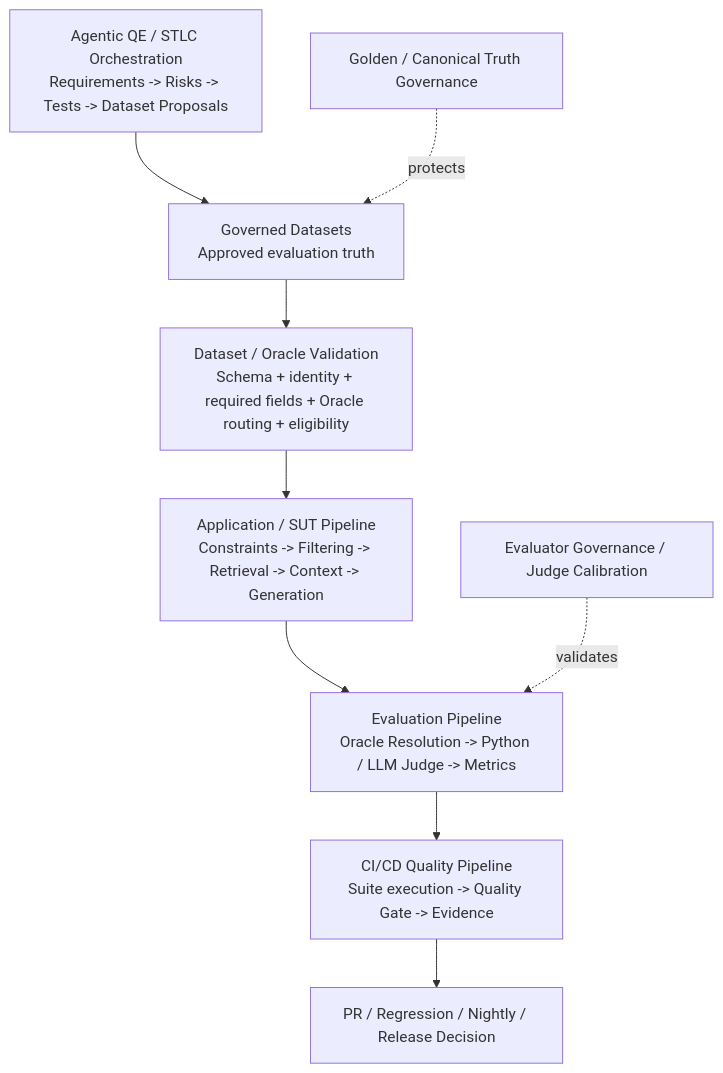
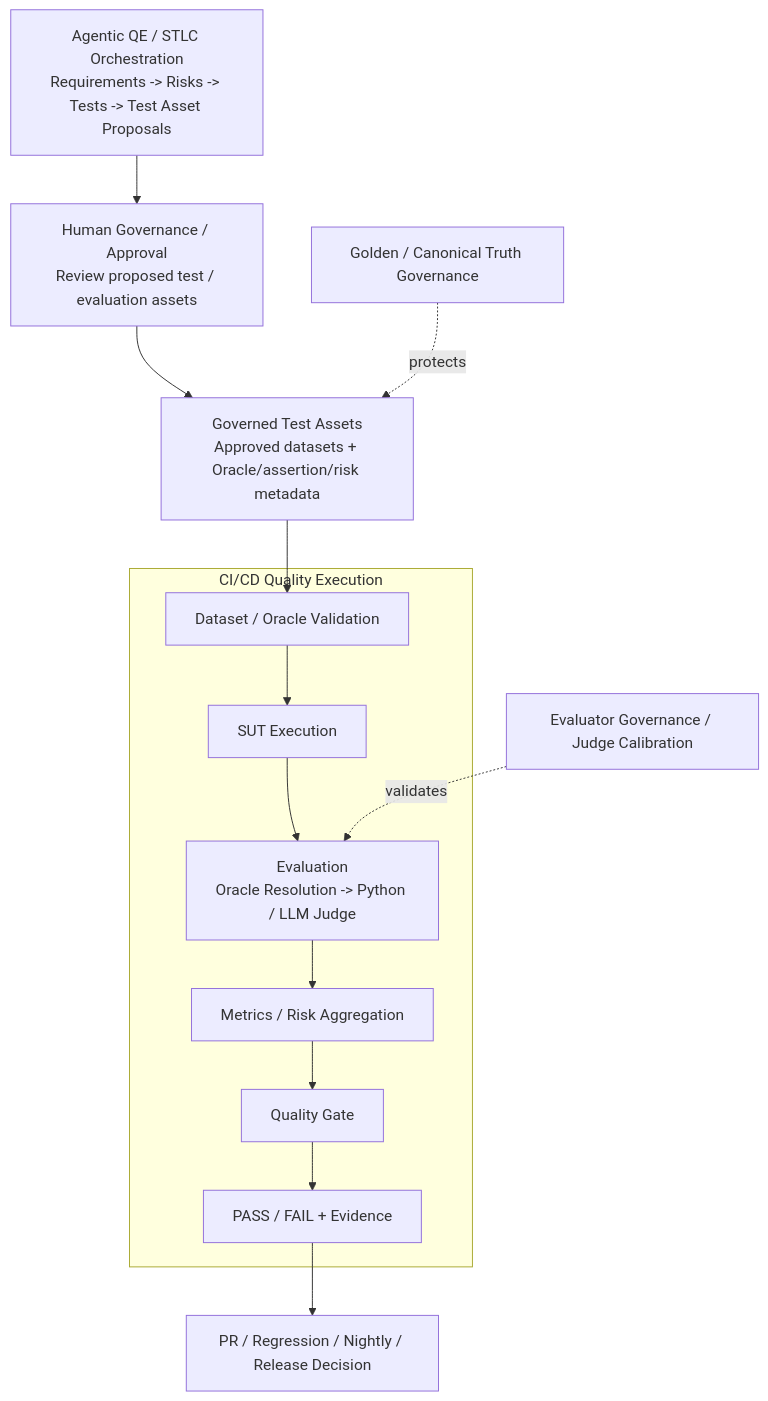
The first of 2 diagrams in docs/test_strategy.md (oleksandrserhieiev-beep/ai-qe-lab), drawn with Mermaid before and after one commit. The commit also changed other lines of this file, not shown here.

Commit message:
docs: align test strategy with governance and CI execution model

````diff
--- a/docs/test_strategy.md
+++ b/docs/test_strategy.md
@@ -41,20 +42,30 @@
 ```mermaid
 flowchart TB
-    ORCH["Agentic QE / STLC Orchestration\nRequirements -> Risks -> Tests -> Dataset Proposals"]
-    DS["Governed Datasets\nApproved evaluation truth"]
-    DV["Dataset / Oracle Validation\nSchema + identity + required fields + Oracle routing + eligibility"]
-    APP["Application / SUT Pipeline\nConstraints -> Filtering -> Retrieval -> Context -> Generation"]
-    EVAL["Evaluation Pipeline\nOracle Resolution -> Python / LLM Judge -> Metrics"]
-    CICD["CI/CD Quality Pipeline\nSuite execution -> Quality Gate -> Evidence"]
-    DEC["PR / Regression / Nightly / Release Decision"]
+    ORCH["Agentic QE / STLC Orchestration\nRequirements -> Risks -> Tests -> Test Asset Proposals"]
+    HGA["Human Governance / Approval\nReview proposed test / evaluation assets"]
+    GTA["Governed Test Assets\nApproved datasets + Oracle/assertion/risk metadata"]
 
-    ORCH --> DS
-    DS --> DV
-    DV --> APP
-    APP --> EVAL
-    EVAL --> CICD
-    CICD --> DEC
+    ORCH --> HGA
+    HGA --> GTA
 
-    GOLD["Golden / Canonical Truth Governance"] -. protects .-> DS
-    JG["Evaluator Governance / Judge Calibration"] -. validates .-> EVAL
+    subgraph CICD["CI/CD Quality Execution"]
+        DV["Dataset / Oracle Validation"]
+        SUT["SUT Execution"]
+        EV["Evaluation\nOracle Resolution -> Python / LLM Judge"]
+        MET["Metrics / Risk Aggregation"]
+        QG["Quality Gate"]
+        OUT["PASS / FAIL + Evidence"]
+
+        DV --> SUT
+        SUT --> EV
+        EV --> MET
+        MET --> QG
+        QG --> OUT
+    end
+
+    GTA --> DV
+    OUT --> DEC["PR / Regression / Nightly / Release Decision"]
+
+    GOLD["Golden / Canonical Truth Governance"] -. protects .-> GTA
+    JG["Evaluator Governance / Judge Calibration"] -. validates .-> EV
 ```
````
